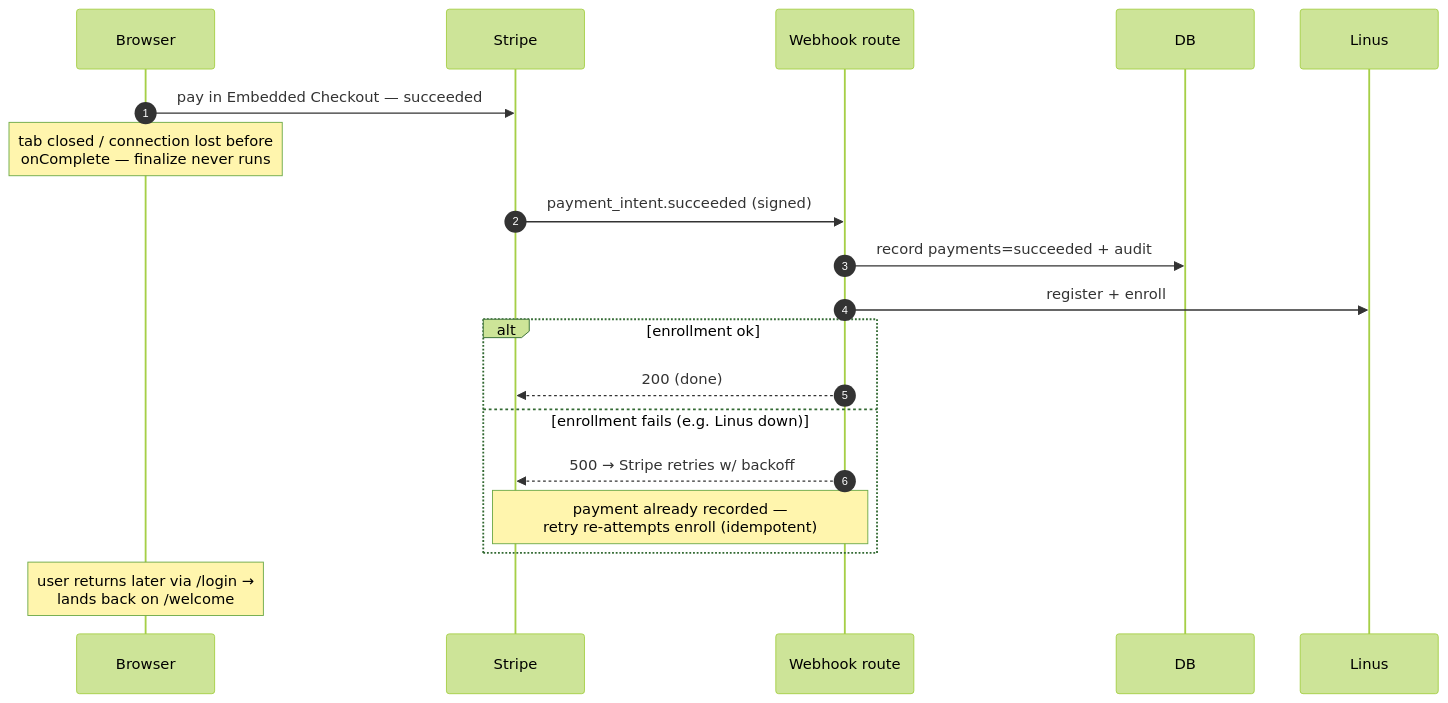
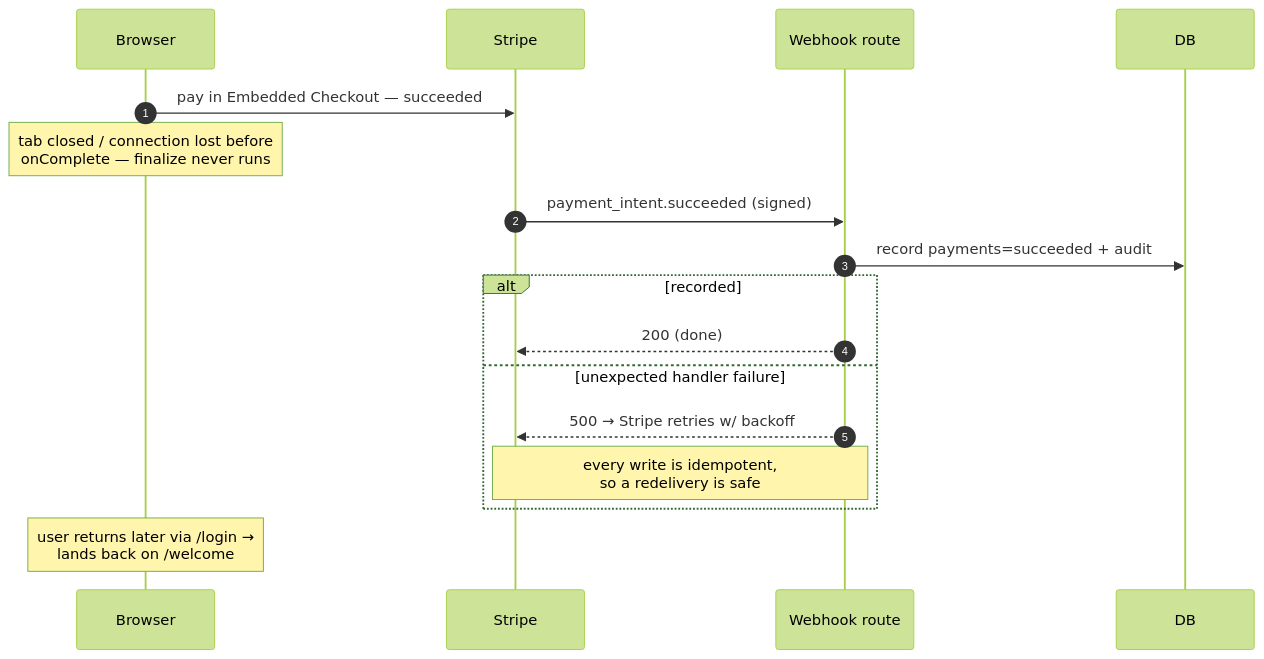
Before and after one commit to dbates-commits/primary-brain-health: the third of 4 diagrams in docs/stripe-integration.md, drawn with Mermaid (forest theme). The commit also changed other lines of this file and 15 other files, not shown here.

````diff
--- a/docs/stripe-integration.md
+++ b/docs/stripe-integration.md
@@ -156,22 +153,20 @@
 ```mermaid
 sequenceDiagram
     autonumber
     participant B as Browser
     participant S as Stripe
     participant W as Webhook route
     participant D as DB
-    participant L as Linus
 
     B->>S: pay in Embedded Checkout — succeeded
     Note over B: tab closed / connection lost before<br/>onComplete — finalize never runs
     S->>W: payment_intent.succeeded (signed)
     W->>D: record payments=succeeded + audit
-    W->>L: register + enroll
-    alt enrollment ok
+    alt recorded
         W-->>S: 200 (done)
-    else enrollment fails (e.g. Linus down)
+    else unexpected handler failure
         W-->>S: 500 → Stripe retries w/ backoff
-        Note over W,S: payment already recorded —<br/>retry re-attempts enroll (idempotent)
+        Note over W,S: every write is idempotent,<br/>so a redelivery is safe
     end
     Note over B: user returns later via /login →<br/>lands back on /welcome
 ```
````
